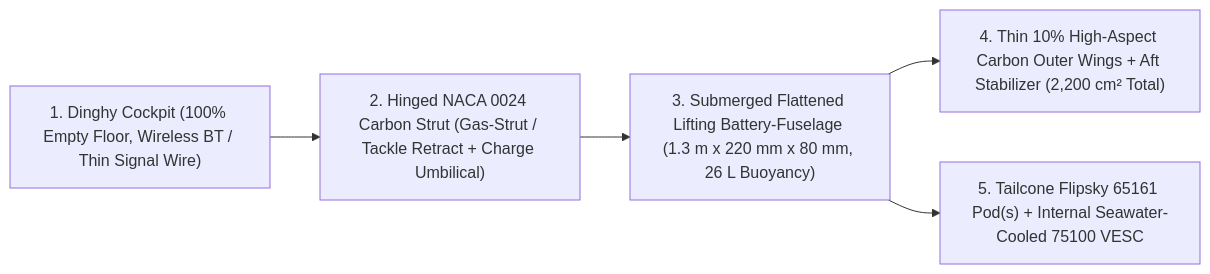
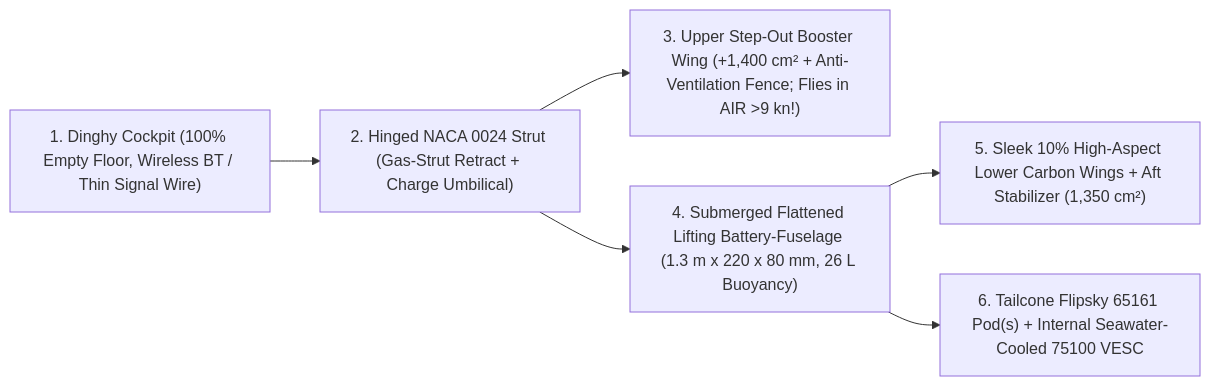
The first of 2 diagrams in README.md (boats-boats-boats/foil-skiff), drawn with Mermaid before and after one commit. The commit also changed other lines of this file and 2 other files, not shown here.

Commit message:
Make Step-Out Upper Booster Wing + Flying-Keel Pod the primary FoilSkiff architecture

````diff
--- a/README.md
+++ b/README.md
@@ -13,7 +13,8 @@
 ```mermaid
 flowchart LR
-    Cockpit["1. Dinghy Cockpit (100% Empty Floor, Wireless BT / Thin Signal Wire)"] --> Strut["2. Hinged NACA 0024 Carbon Strut (Gas-Strut / Tackle Retract + Charge Umbilical)"]
-    Strut --> Fuse["3. Submerged Flattened Lifting Battery-Fuselage (1.3 m x 220 mm x 80 mm, 26 L Buoyancy)"]
-    Fuse --> Wings["4. Thin 10% High-Aspect Carbon Outer Wings + Aft Stabilizer (2,200 cm² Total)"]
-    Fuse --> Motor["5. Tailcone Flipsky 65161 Pod(s) + Internal Seawater-Cooled 75100 VESC"]
+    Cockpit["1. Dinghy Cockpit (100% Empty Floor, Wireless BT / Thin Signal Wire)"] --> Strut["2. Hinged NACA 0024 Strut (Gas-Strut Retract + Charge Umbilical)"]
+    Strut --> Upper["3. Upper Step-Out Booster Wing (+1,400 cm² + Anti-Ventilation Fence; Flies in AIR >9 kn!)"]
+    Strut --> Fuse["4. Submerged Flattened Lifting Battery-Fuselage (1.3 m x 220 x 80 mm, 26 L Buoyancy)"]
+    Fuse --> Wings["5. Sleek 10% High-Aspect Lower Carbon Wings + Aft Stabilizer (1,350 cm²)"]
+    Fuse --> Motor["6. Tailcone Flipsky 65161 Pod(s) + Internal Seawater-Cooled 75100 VESC"]
 ```
````
